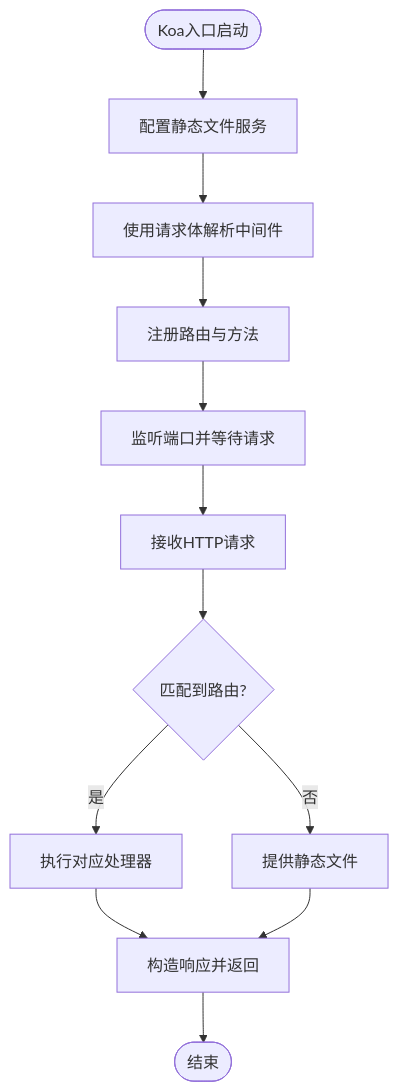
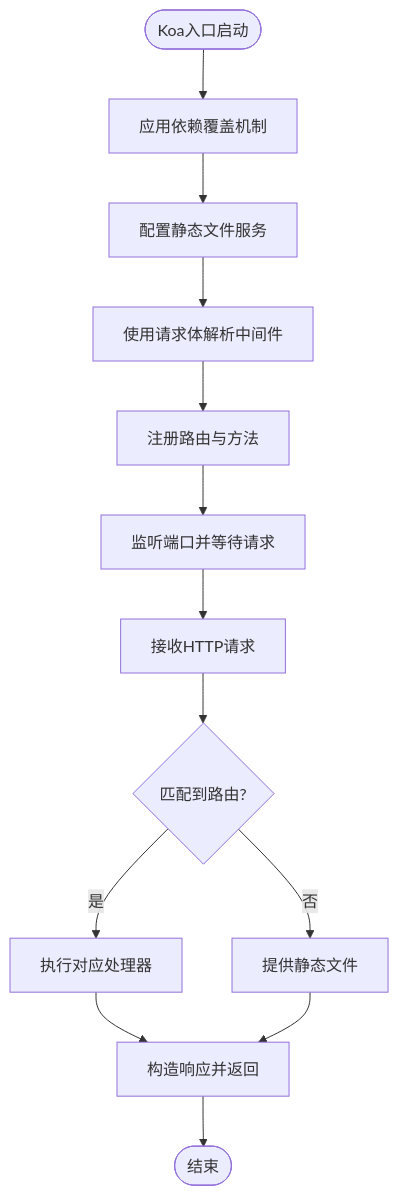
The third of 9 diagrams in .qoder/repowiki/zh/content/后端框架测试/Koa、Hono、NestJS框架测试.md (esa-sp/test-for-aone-ci), drawn with Mermaid before and after one commit. The commit also changed other lines of this file and 26 other files, not shown here.

````diff
--- a/.qoder/repowiki/zh/content/后端框架测试/Koa、Hono、NestJS框架测试.md
+++ b/.qoder/repowiki/zh/content/后端框架测试/Koa、Hono、NestJS框架测试.md
@@ -284,14 +289,15 @@
 ```mermaid
 flowchart TD
-Start(["Koa入口启动"]) --> SetupStatic["配置静态文件服务"]
+Start(["Koa入口启动"]) --> SetupOverrides["应用依赖覆盖机制"]
+SetupOverrides --> SetupStatic["配置静态文件服务"]
 SetupStatic --> UseBodyParser["使用请求体解析中间件"]
 UseBodyParser --> UseRouter["注册路由与方法"]
 UseRouter --> Listen["监听端口并等待请求"]
 Listen --> Request["接收HTTP请求"]
 Request --> RouteMatch{"匹配到路由?"}
 RouteMatch --> |是| Handler["执行对应处理器"]
 RouteMatch --> |否| StaticServe["提供静态文件"]
 Handler --> Respond["构造响应并返回"]
 StaticServe --> Respond
 Respond --> End(["结束"])
 ```
````
